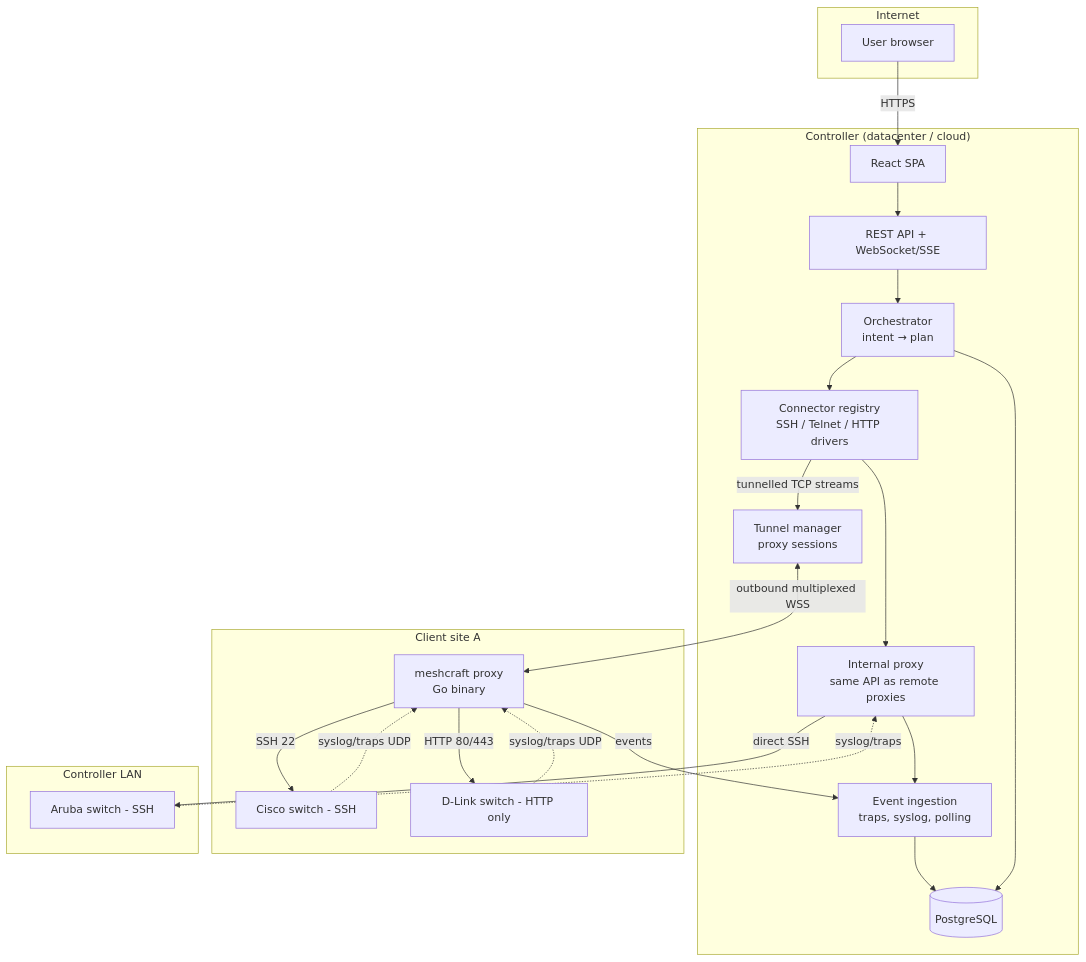
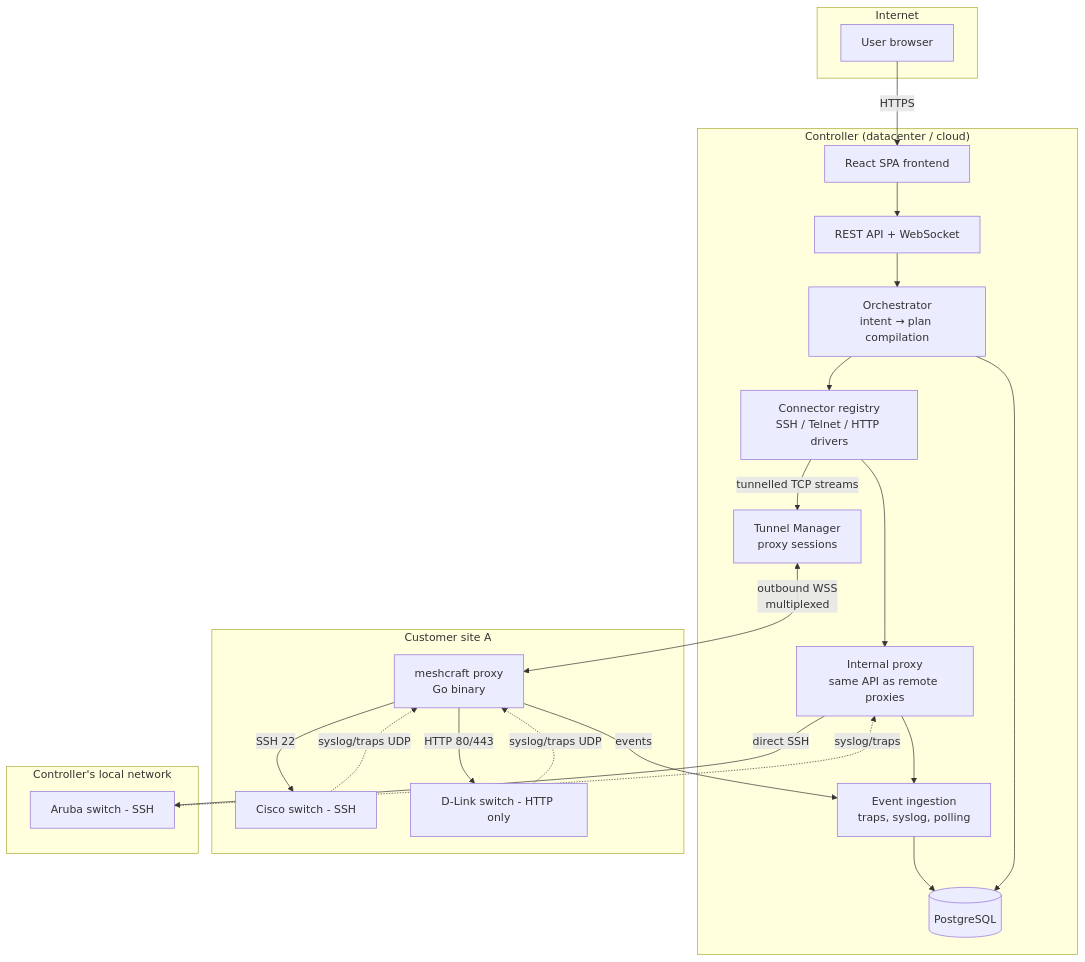
Before and after one commit to akwafr/MeshCraft: the diagram in docs/en/01-Architecture/Overview.md, drawn with Mermaid. The commit also changed other lines of this file and 1258 other files, not shown here.

````diff
--- a/docs/en/01-Architecture/Overview.md
+++ b/docs/en/01-Architecture/Overview.md
@@ -13,42 +15,42 @@
 ```mermaid
 flowchart TB
     subgraph Internet
         U[User browser]
     end
 
     subgraph DC["Controller (datacenter / cloud)"]
-        FE[React SPA]
-        API[REST API + WebSocket/SSE]
-        ORCH[Orchestrator<br/>intent → plan]
+        FE[React SPA frontend]
+        API[REST API + WebSocket]
+        ORCH[Orchestrator<br/>intent → plan compilation]
         CONN[Connector registry<br/>SSH / Telnet / HTTP drivers]
-        TM[Tunnel manager<br/>proxy sessions]
+        TM[Tunnel Manager<br/>proxy sessions]
         ING[Event ingestion<br/>traps, syslog, polling]
         IPX[Internal proxy<br/>same API as remote proxies]
         DB[(PostgreSQL)]
     end
 
-    subgraph SiteA["Client site A"]
+    subgraph SiteA["Customer site A"]
         PA[meshcraft proxy<br/>Go binary]
         SW1[Cisco switch - SSH]
         SW2[D-Link switch - HTTP only]
     end
 
-    subgraph SiteB["Controller LAN"]
+    subgraph SiteB["Controller's local network"]
         SW3[Aruba switch - SSH]
     end
 
     U -->|HTTPS| FE
     FE --> API
     API --> ORCH --> CONN
     CONN -->|tunnelled TCP streams| TM
-    TM <-->|outbound multiplexed WSS| PA
+    TM <-->|outbound WSS<br/>multiplexed| PA
     PA -->|SSH 22| SW1
     PA -->|HTTP 80/443| SW2
     SW1 -.->|syslog/traps UDP| PA
     SW2 -.->|syslog/traps UDP| PA
     PA -->|events| ING
     CONN --> IPX -->|direct SSH| SW3
     SW3 -.->|syslog/traps| IPX --> ING
     ING --> DB
     ORCH --> DB
 ```
````
